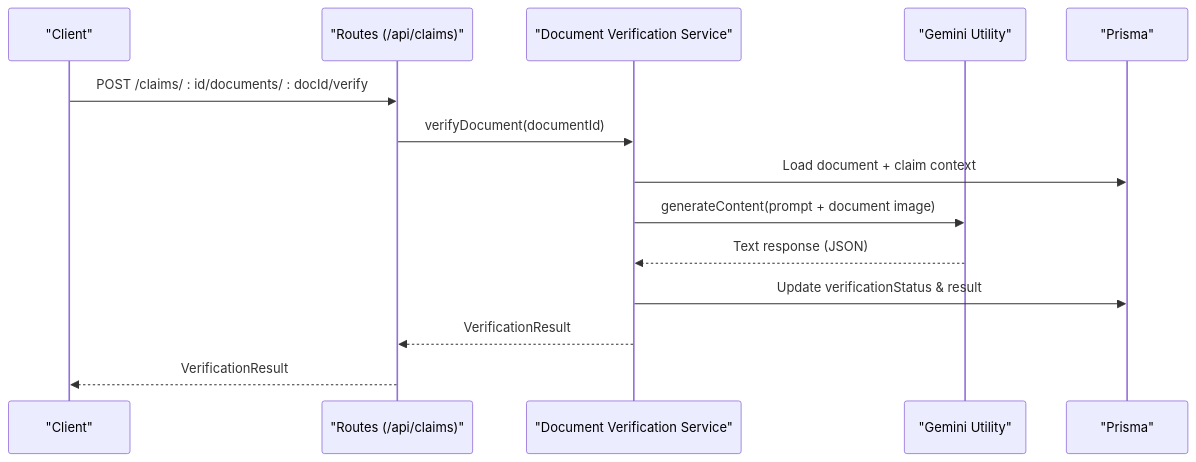
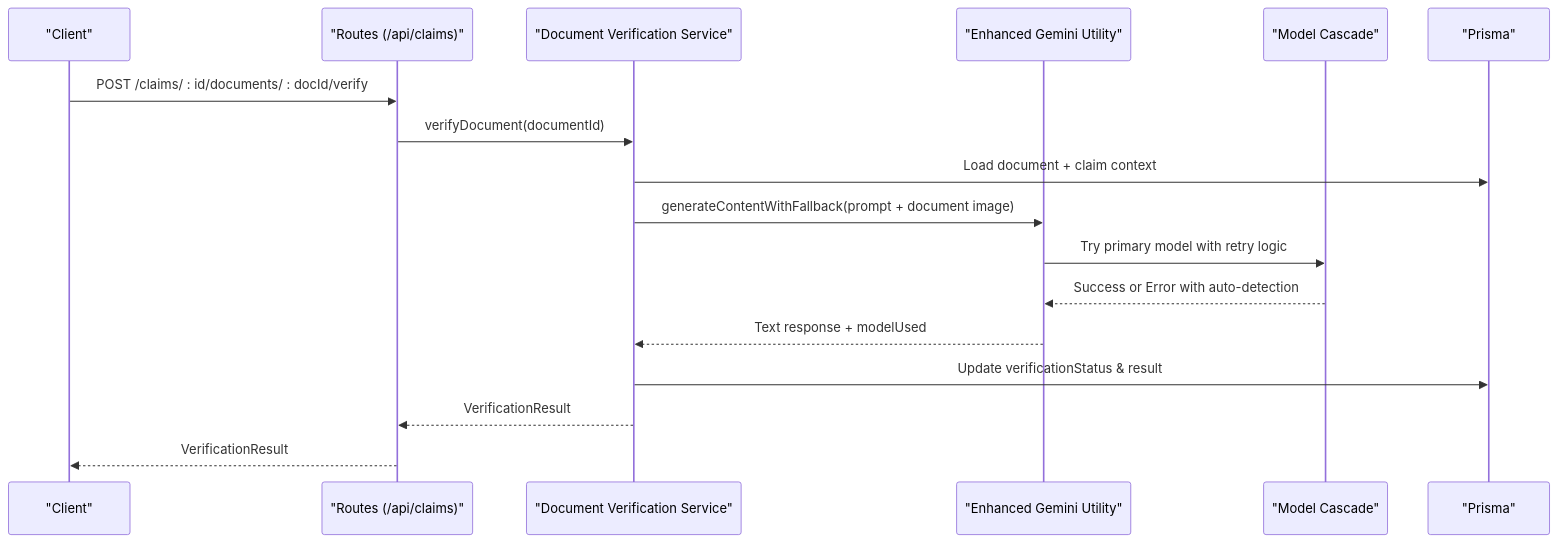
Before and after one commit to NaveenHiranya/Smart-Vehicle-Insurance-Claim-System: the third of 9 diagrams in .qoder/repowiki/en/content/AI Services Integration/AI Services Integration.md, drawn with Mermaid. The commit also changed other lines of this file and 41 other files, not shown here.

````diff
--- a/.qoder/repowiki/en/content/AI Services Integration/AI Services Integration.md
+++ b/.qoder/repowiki/en/content/AI Services Integration/AI Services Integration.md
@@ -114,16 +124,19 @@
 ```mermaid
 sequenceDiagram
 participant C as "Client"
 participant R as "Routes (/api/claims)"
 participant V as "Document Verification Service"
-participant G as "Gemini Utility"
+participant G as "Enhanced Gemini Utility"
+participant MC as "Model Cascade"
 participant P as "Prisma"
 C->>R : POST /claims/ : id/documents/ : docId/verify
 R->>V : verifyDocument(documentId)
 V->>P : Load document + claim context
-V->>G : generateContent(prompt + document image)
-G-->>V : Text response (JSON)
+V->>G : generateContentWithFallback(prompt + document image)
+G->>MC : Try primary model with retry logic
+MC-->>G : Success or Error with auto-detection
+G-->>V : Text response + modelUsed
 V->>P : Update verificationStatus & result
 V-->>R : VerificationResult
 R-->>C : VerificationResult
 ```
````
